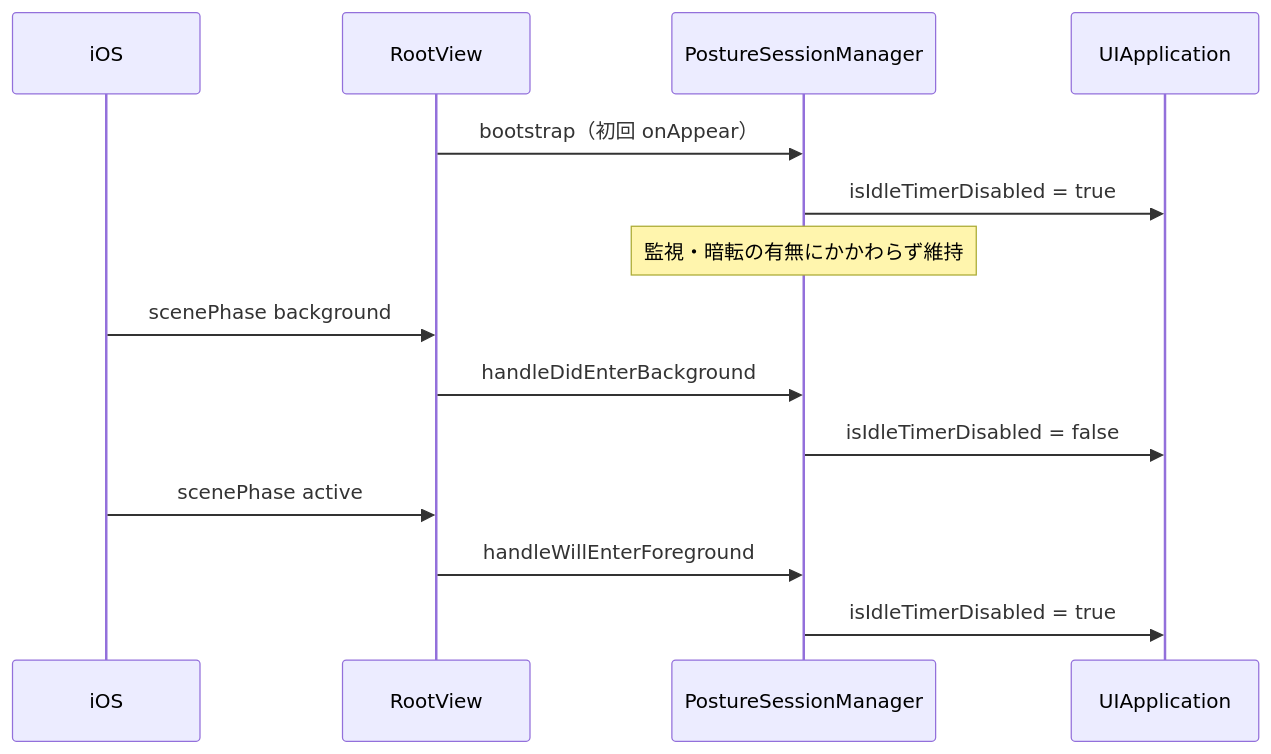
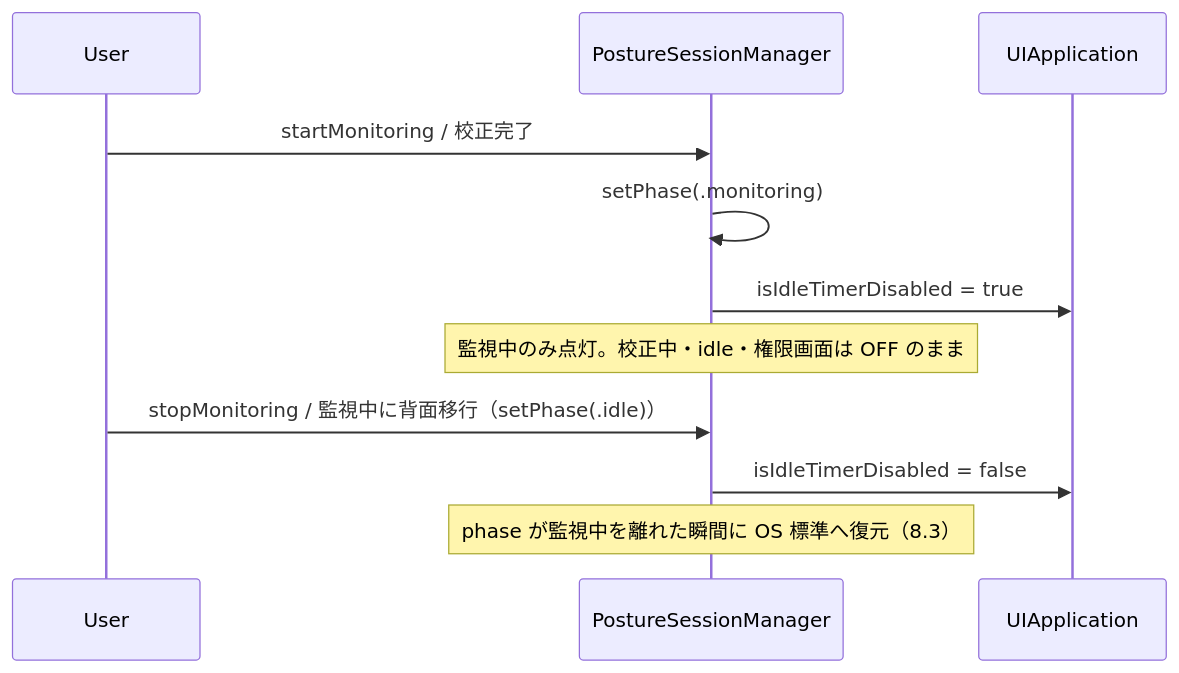
Before and after one commit to da-shina/nekoze-fix: the sixth of 6 diagrams in .kiro/specs/nekoze-fix/design.md, drawn with Mermaid. The commit also changed other lines of this file and 8 other files, not shown here.

````diff
--- a/.kiro/specs/nekoze-fix/design.md
+++ b/.kiro/specs/nekoze-fix/design.md
@@ -660,16 +660,13 @@
 ```mermaid
 sequenceDiagram
-    participant OS as iOS
-    participant RootView
+    participant User
     participant Session as PostureSessionManager
     participant App as UIApplication
-    RootView->>Session: bootstrap（初回 onAppear）
+    User->>Session: startMonitoring / 校正完了
+    Session->>Session: setPhase(.monitoring)
     Session->>App: isIdleTimerDisabled = true
-    Note over Session: 監視・暗転の有無にかかわらず維持
-    OS->>RootView: scenePhase background
-    RootView->>Session: handleDidEnterBackground
+    Note over Session: 監視中のみ点灯。校正中・idle・権限画面は OFF のまま
+    User->>Session: stopMonitoring / 監視中に背面移行（setPhase(.idle)）
     Session->>App: isIdleTimerDisabled = false
-    OS->>RootView: scenePhase active
-    RootView->>Session: handleWillEnterForeground
-    Session->>App: isIdleTimerDisabled = true
+    Note over Session: phase が監視中を離れた瞬間に OS 標準へ復元（8.3）
 ```
````
